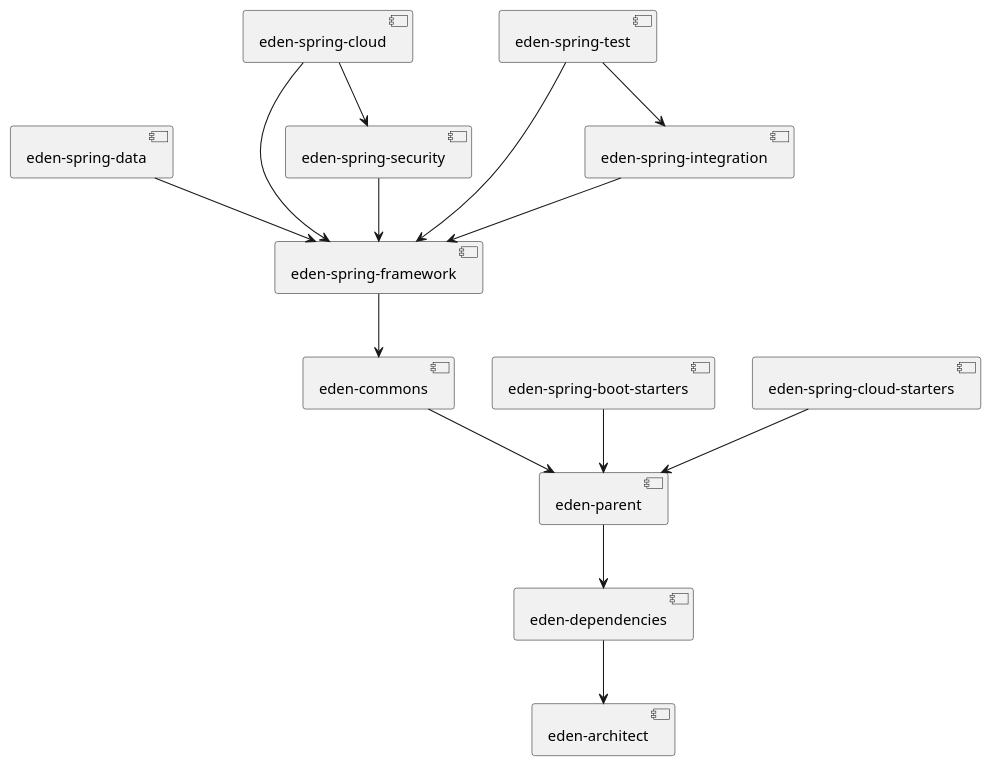
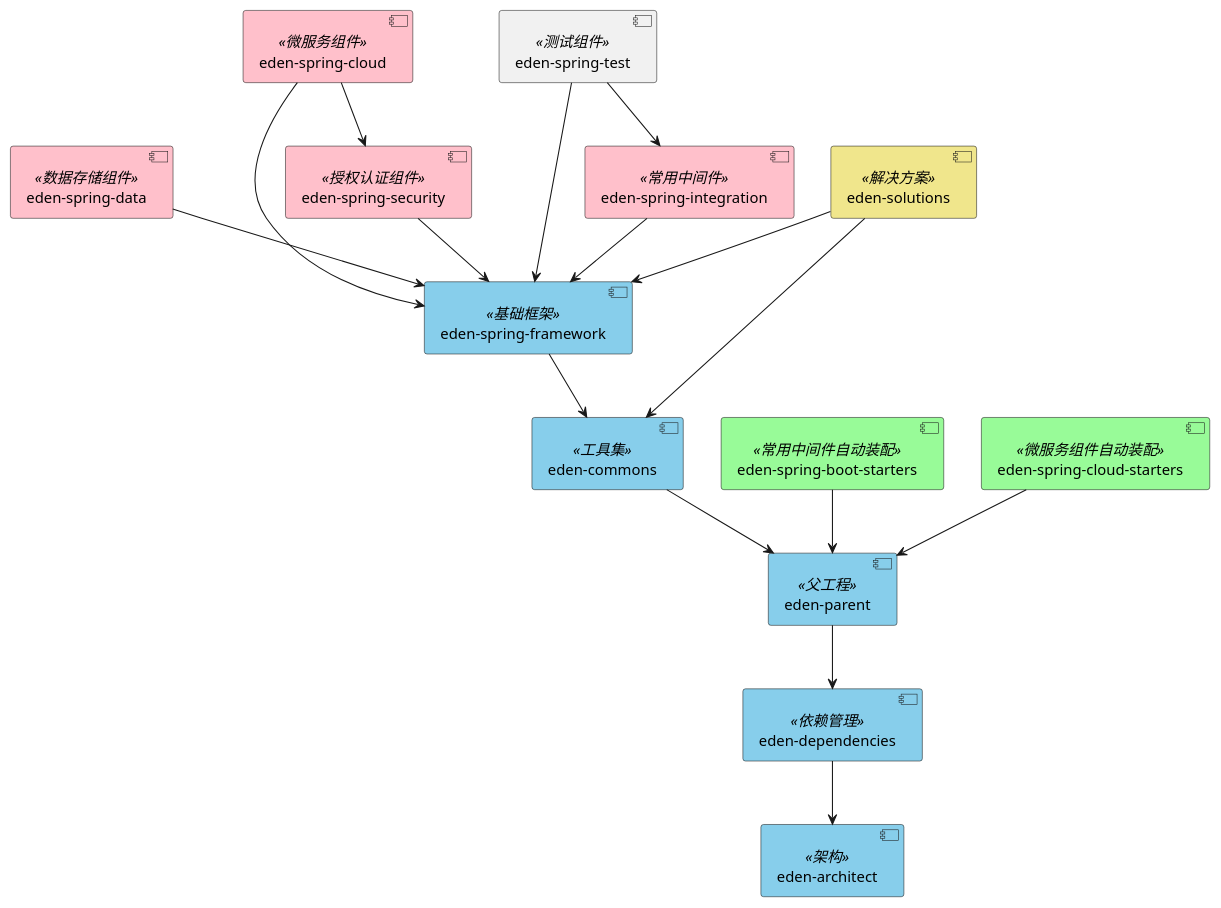
The diagram in docs/uml/component.puml (shiyindaxiaojie/eden-architect), drawn with PlantUML before and after one commit. The commit also changed 286 other files, not shown here.

```diff
--- a/docs/uml/component.puml
+++ b/docs/uml/component.puml
@@ -1,16 +1,47 @@
 @startuml
+
+[eden-architect] <<架构>>
+[eden-dependencies] <<依赖管理>>
+[eden-parent] <<父工程>>
+[eden-commons] <<工具集>>
+[eden-spring-framework] <<基础框架>>
+[eden-spring-data] <<数据存储组件>>
+[eden-spring-security] <<授权认证组件>>
+[eden-spring-integration] <<常用中间件>>
+[eden-spring-boot-starters] <<常用中间件自动装配>>
+[eden-spring-cloud] <<微服务组件>>
+[eden-spring-cloud-starters] <<微服务组件自动装配>>
+[eden-spring-test] <<测试组件>>
+[eden-solutions] <<解决方案>>
+
+skinparam component {
+ 	backgroundColor<<架构>> SkyBlue
+    backgroundColor<<依赖管理>> SkyBlue
+    backgroundColor<<父工程>> SkyBlue
+    backgroundColor<<工具集>> SkyBlue
+    backgroundColor<<基础框架>> SkyBlue
+	backgroundColor<<数据存储组件>> Pink
+	backgroundColor<<授权认证组件>> Pink
+	backgroundColor<<常用中间件>> Pink
+	backgroundColor<<微服务组件>> Pink
+    backgroundColor<<常用中间件自动装配>> PaleGreen
+    backgroundColor<<微服务组件自动装配>> PaleGreen
+	backgroundColor<<解决方案>> Khaki
+}
 
 [eden-dependencies] --> [eden-architect]
 [eden-parent] --> [eden-dependencies]
 [eden-commons] --> [eden-parent]
 [eden-spring-framework] --> [eden-commons]
 [eden-spring-data] --> [eden-spring-framework]
 [eden-spring-security] --> [eden-spring-framework]
 [eden-spring-integration] --> [eden-spring-framework]
 [eden-spring-cloud] --> [eden-spring-framework]
 [eden-spring-cloud] --> [eden-spring-security]
 [eden-spring-test] --> [eden-spring-framework]
 [eden-spring-test] --> [eden-spring-integration]
 [eden-spring-boot-starters] --> [eden-parent]
 [eden-spring-cloud-starters] --> [eden-parent]
+[eden-solutions] --> [eden-commons]
+[eden-solutions] --> [eden-spring-framework]
 @enduml
```
